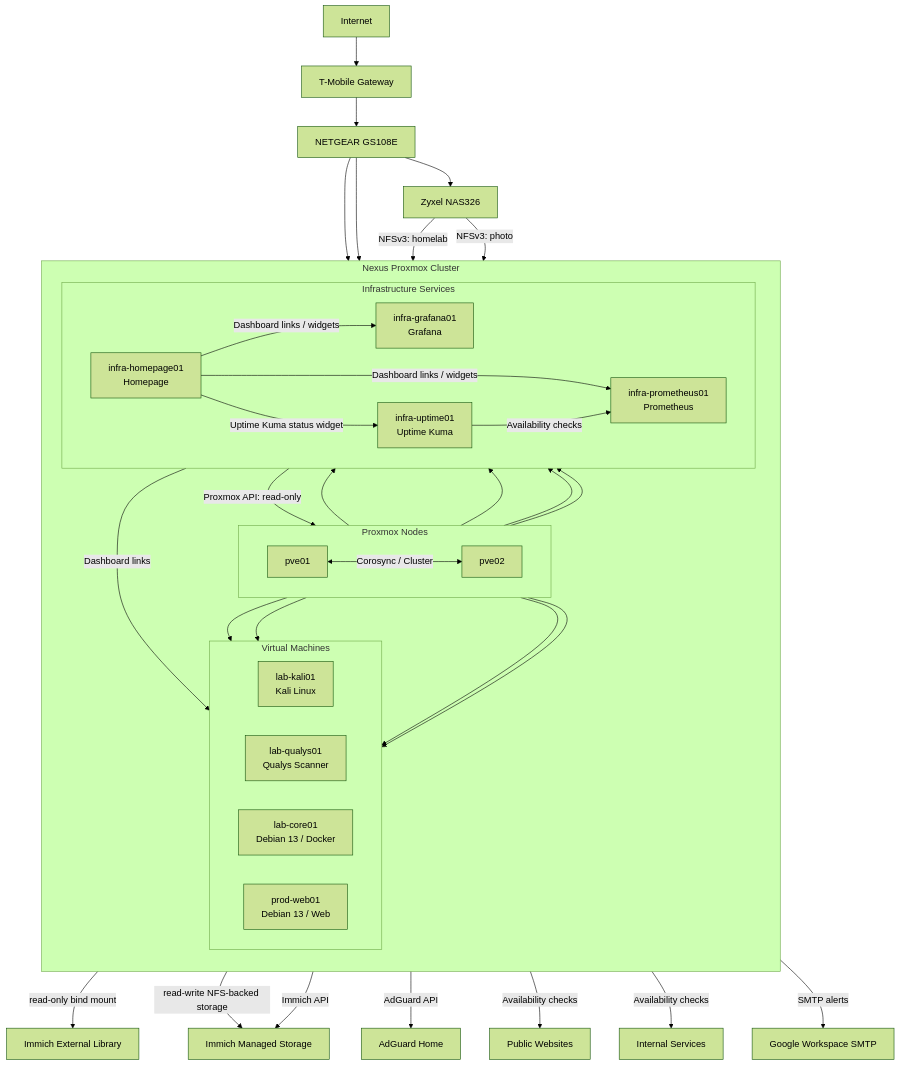
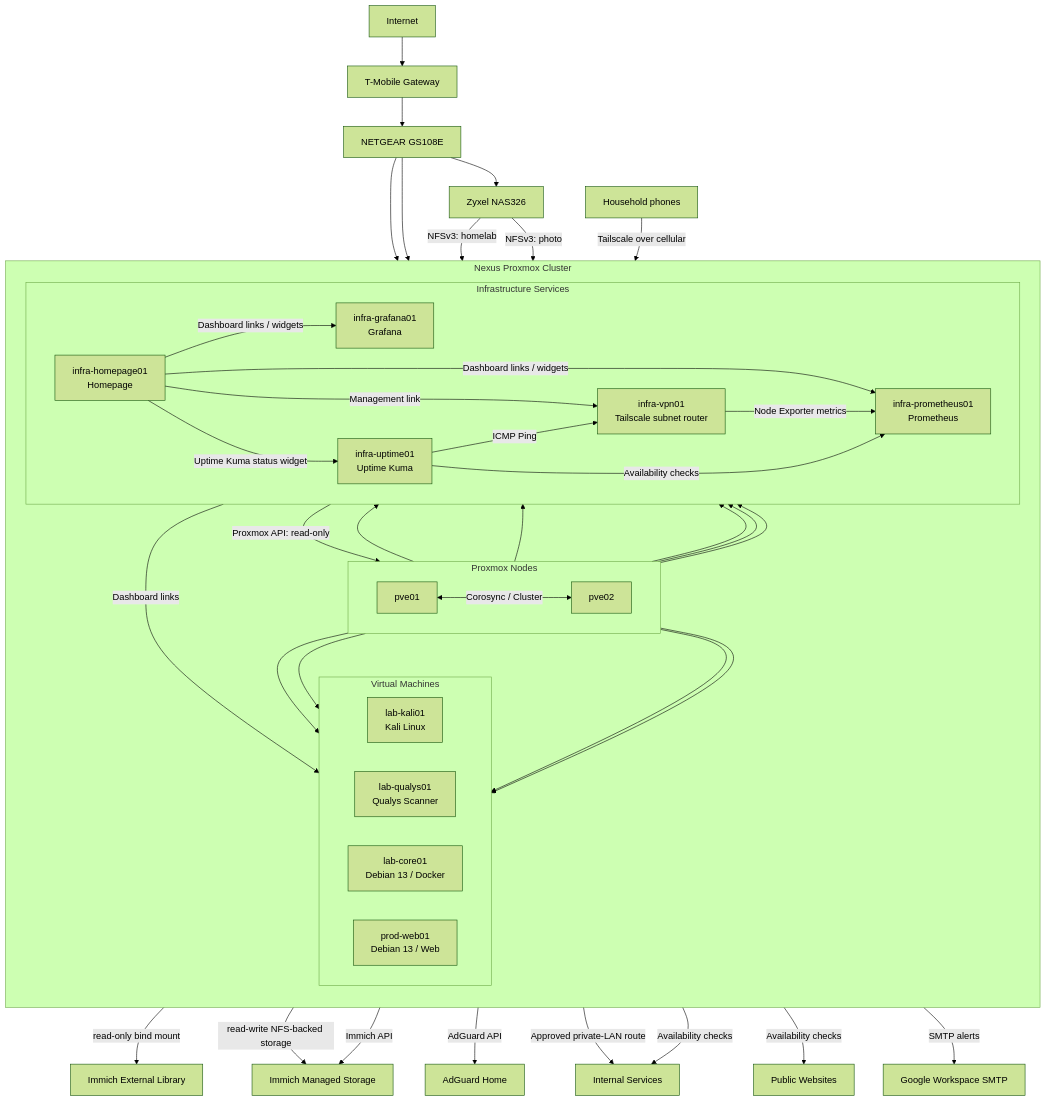
One commit to Tearstone/tearstone-homelab changed the fourth of 6 diagrams in docs/architecture.md. Above: the diagram before and after it, drawn with Mermaid (forest theme). The commit also changed other lines of this file and 13 other files, not shown here.

````diff
--- a/docs/architecture.md
+++ b/docs/architecture.md
@@ -165,61 +175,68 @@
 ```mermaid
 graph TD
     Internet --> Router["T-Mobile Gateway"]
     Router --> Switch["NETGEAR GS108E"]
     Switch --> NAS["Zyxel NAS326"]
 
     subgraph Cluster["Nexus Proxmox Cluster"]
         direction TB
 
         subgraph Nodes["Proxmox Nodes"]
             direction LR
             PVE["pve01"] <-->|"Corosync / Cluster"| PVE02["pve02"]
         end
 
         subgraph Workloads["Virtual Machines"]
             direction LR
             Kali["lab-kali01\nKali Linux"]
             Qualys["lab-qualys01\nQualys Scanner"]
             Core["lab-core01\nDebian 13 / Docker"]
             Web["prod-web01\nDebian 13 / Web"]
         end
 
         subgraph Services["Infrastructure Services"]
             direction LR
             Grafana["infra-grafana01\nGrafana"]
             Prometheus["infra-prometheus01\nPrometheus"]
             Homepage["infra-homepage01\nHomepage"]
             Uptime["infra-uptime01\nUptime Kuma"]
+            VPN["infra-vpn01\nTailscale subnet router"]
         end
 
         PVE --> Kali
         PVE --> Qualys
         PVE --> Grafana
         PVE --> Prometheus
         PVE --> Homepage
         PVE --> Uptime
+        PVE --> VPN
         PVE02 --> Core
         PVE02 --> Web
     end
 
     Switch --> PVE
     Switch --> PVE02
 
     NAS -->|"NFSv3: homelab"| Core
     NAS -->|"NFSv3: photo"| Core
     Core -->|"read-only bind mount"| External["Immich External Library"]
     Core -->|"read-write NFS-backed storage"| Immich["Immich Managed Storage"]
 
     Homepage -->|"Proxmox API: read-only"| PVE
     Homepage -->|"AdGuard API"| AdGuard["AdGuard Home"]
     Homepage -->|"Immich API"| Immich
     Homepage -->|"Dashboard links / widgets"| Grafana
     Homepage -->|"Dashboard links / widgets"| Prometheus
     Homepage -->|"Uptime Kuma status widget"| Uptime
+    Homepage -->|"Management link"| VPN
     Homepage -->|"Dashboard links"| Core
 
+    Phones["Household phones"] -->|"Tailscale over cellular"| VPN
+    VPN -->|"Approved private-LAN route"| Internal
+    VPN -->|"Node Exporter metrics"| Prometheus
+    Uptime -->|"ICMP Ping"| VPN
     Uptime -->|"Availability checks"| Prometheus
     Uptime -->|"Availability checks"| Public["Public Websites"]
     Uptime -->|"Availability checks"| Internal["Internal Services"]
     Uptime -->|"SMTP alerts"| SMTP["Google Workspace SMTP"]
 ```
````
